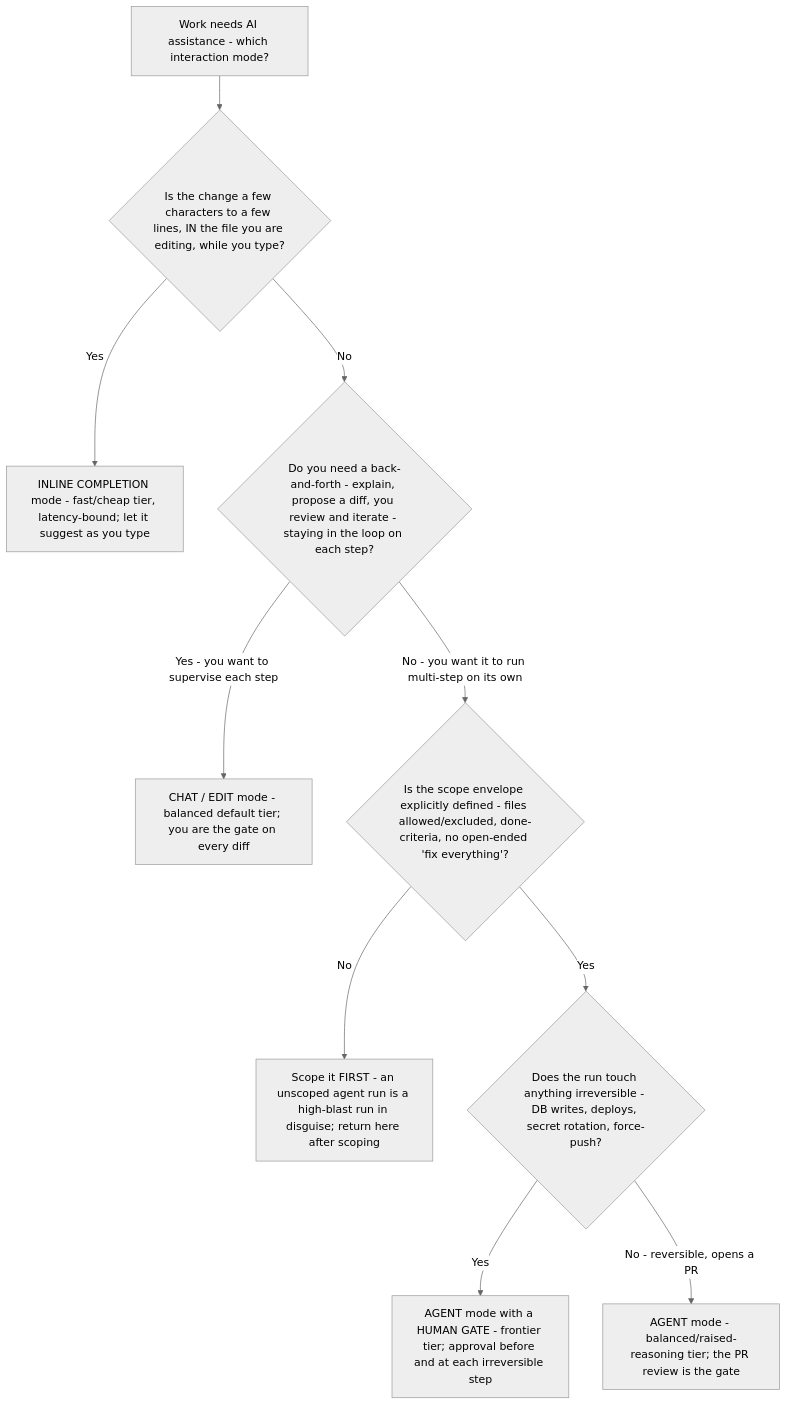
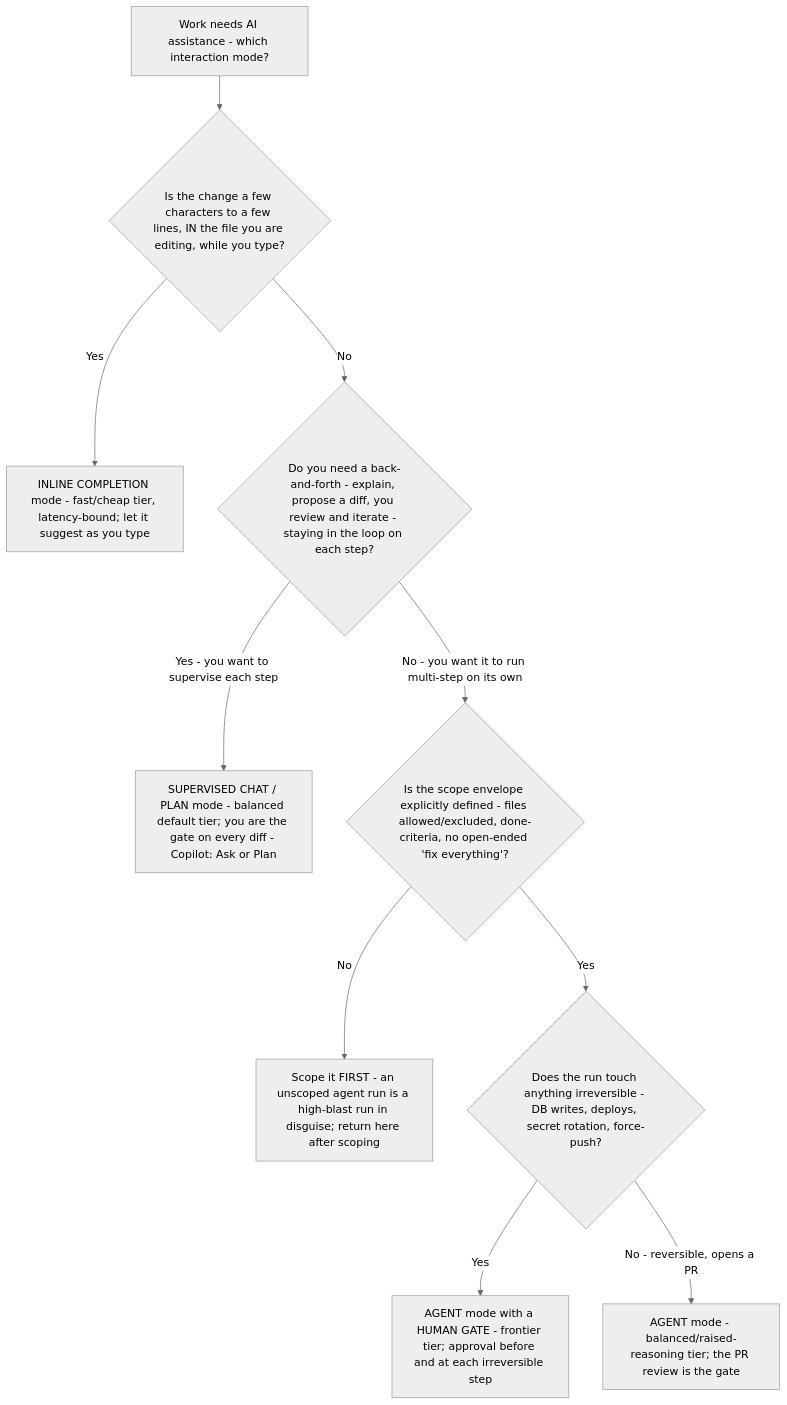
The diagram in plugins/ai-coding-model-guidance/knowledge/ai-coding-mode-selection-decision-tree.md (mcorbett51090/RavenClaude), drawn with Mermaid (neutral theme) before and after one commit. The commit also changed other lines of this file and 123 other files, not shown here.

````diff
--- a/plugins/ai-coding-model-guidance/knowledge/ai-coding-mode-selection-decision-tree.md
+++ b/plugins/ai-coding-model-guidance/knowledge/ai-coding-mode-selection-decision-tree.md
@@ -17,12 +17,12 @@
 ```mermaid
 flowchart TD
     START[Work needs AI assistance - which interaction mode?] --> Q0{Is the change a few characters to a few lines, IN the file you are editing, while you type?}
     Q0 -->|Yes| COMPLETION[INLINE COMPLETION mode - fast/cheap tier, latency-bound; let it suggest as you type]
     Q0 -->|No| Q1{Do you need a back-and-forth - explain, propose a diff, you review and iterate - staying in the loop on each step?}
-    Q1 -->|Yes - you want to supervise each step| CHAT[CHAT / EDIT mode - balanced default tier; you are the gate on every diff]
+    Q1 -->|Yes - you want to supervise each step| CHAT[SUPERVISED CHAT / PLAN mode - balanced default tier; you are the gate on every diff - Copilot: Ask or Plan]
     Q1 -->|No - you want it to run multi-step on its own| Q2{Is the scope envelope explicitly defined - files allowed/excluded, done-criteria, no open-ended 'fix everything'?}
     Q2 -->|No| SCOPE[Scope it FIRST - an unscoped agent run is a high-blast run in disguise; return here after scoping]
     Q2 -->|Yes| Q3{Does the run touch anything irreversible - DB writes, deploys, secret rotation, force-push?}
     Q3 -->|Yes| AGENT_GATED[AGENT mode with a HUMAN GATE - frontier tier; approval before and at each irreversible step]
     Q3 -->|No - reversible, opens a PR| AGENT[AGENT mode - balanced/raised-reasoning tier; the PR review is the gate]
 ```
````
